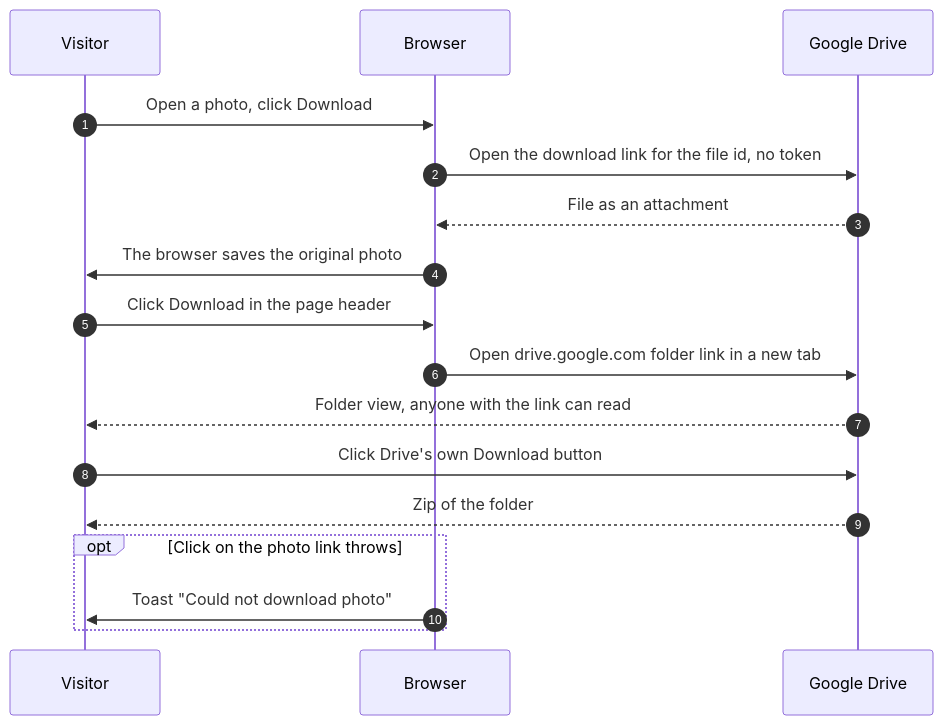
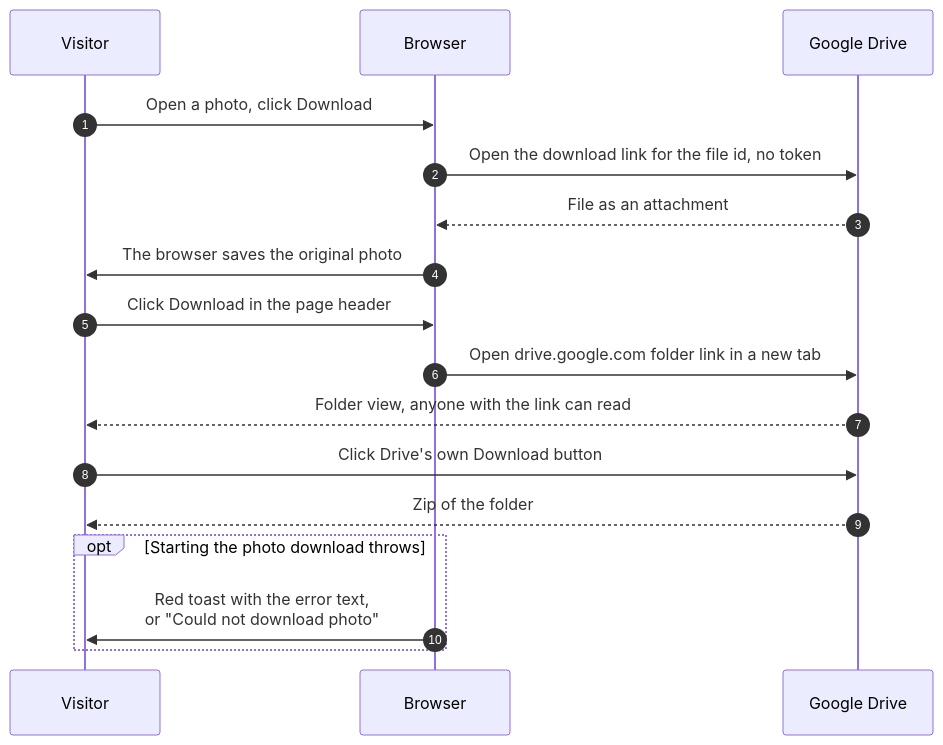
The diagram in docs/scenarios/albums/download-photos.md (sagyzdop/meriksirat), drawn with Mermaid before and after one commit. The commit also changed other lines of this file and 17 other files, not shown here.

Commit message:
docs(scenarios): verify albums diagrams against the code

````diff
--- a/docs/scenarios/albums/download-photos.md
+++ b/docs/scenarios/albums/download-photos.md
@@ -13,19 +13,19 @@
 ```mermaid
 sequenceDiagram
     autonumber
     participant V as Visitor
     participant B as Browser
     participant G as Google Drive
     V->>B: Open a photo, click Download
     B->>G: Open the download link for the file id, no token
     G-->>B: File as an attachment
     B->>V: The browser saves the original photo
     V->>B: Click Download in the page header
     B->>G: Open drive.google.com folder link in a new tab
     G-->>V: Folder view, anyone with the link can read
     V->>G: Click Drive's own Download button
     G-->>V: Zip of the folder
-    opt Click on the photo link throws
-        B->>V: Toast "Could not download photo"
+    opt Starting the photo download throws
+        B->>V: Red toast with the error text,<br/>or "Could not download photo"
     end
 ```
````
